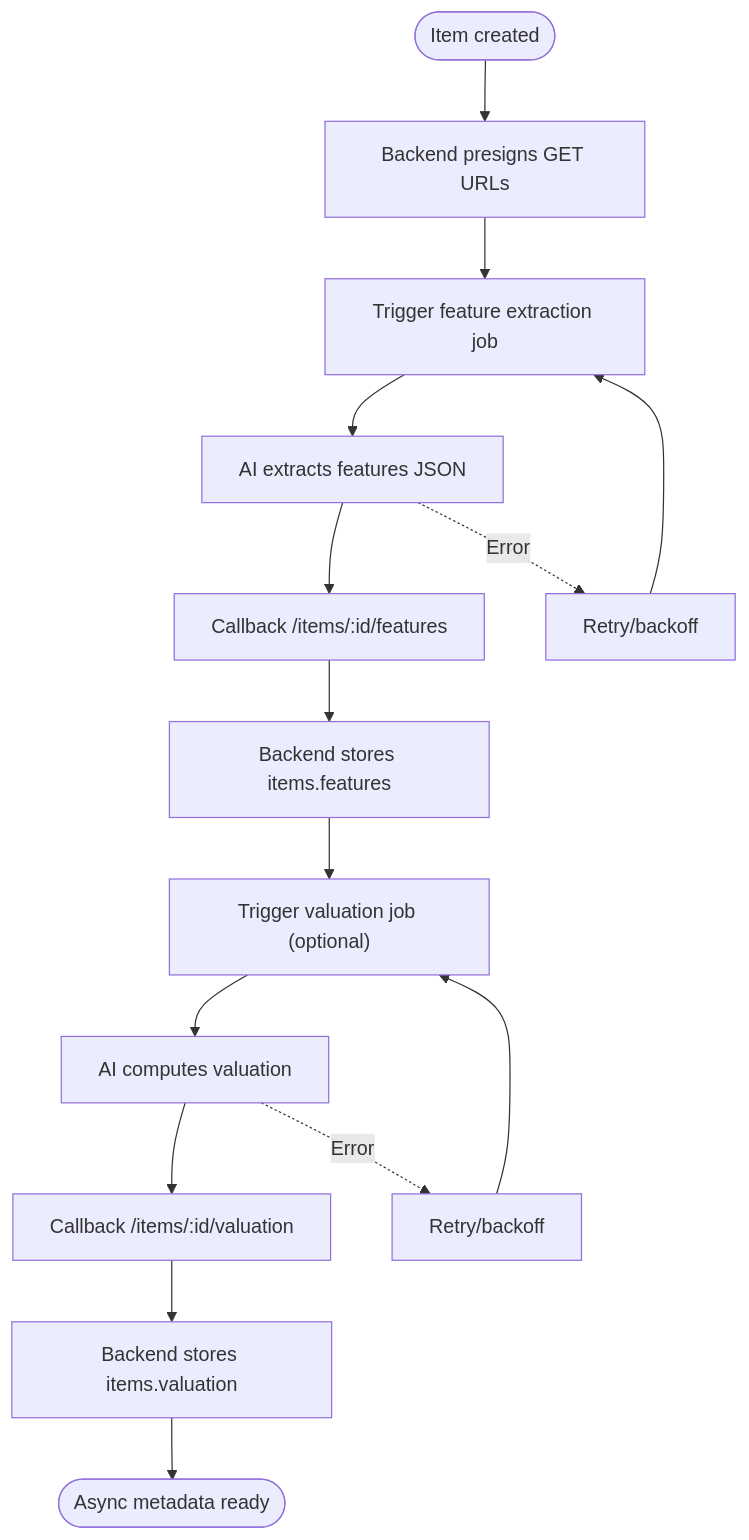
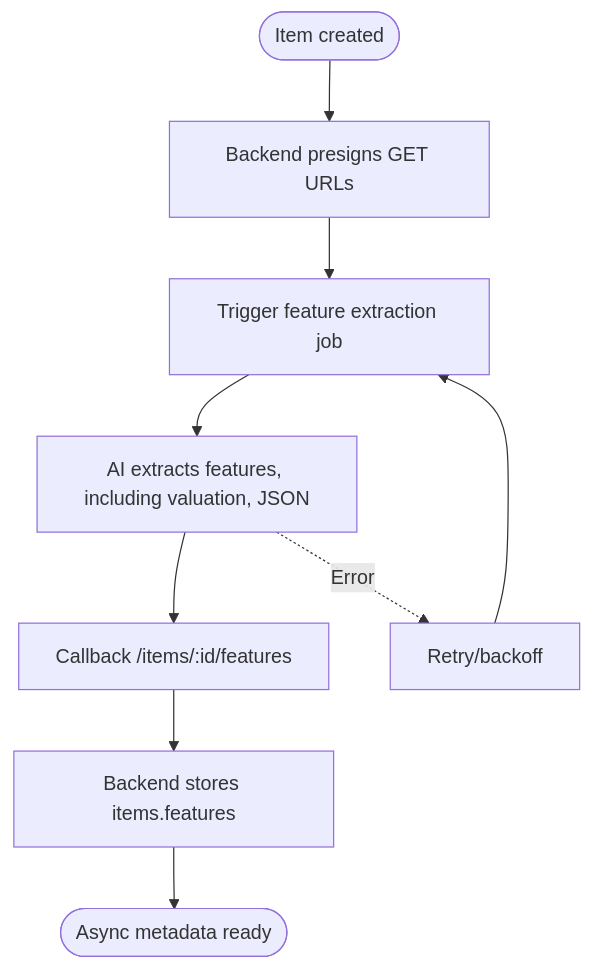
Before and after one commit to freebies-warrior/artium: the seventh of 8 diagrams in docs/architecture.md, drawn with Mermaid. The commit also changed other lines of this file, not shown here.

````diff
--- a/docs/architecture.md
+++ b/docs/architecture.md
@@ -377,18 +354,12 @@
 ```mermaid
 flowchart TD
   Start([Item created]) --> Presign[Backend presigns GET URLs]
   Presign --> Trigger[Trigger feature extraction job]
-  Trigger --> Extract[AI extracts features JSON]
+  Trigger --> Extract[AI extracts features, including valuation, JSON]
   Extract --> CallbackF[Callback /items/:id/features]
-  CallbackF --> StoreF[Backend stores items.features]
-  StoreF --> TriggerV["Trigger valuation job (optional)"]
-  TriggerV --> Valuate[AI computes valuation]
-  Valuate --> CallbackV[Callback /items/:id/valuation]
-  CallbackV --> StoreV[Backend stores items.valuation]
+  CallbackF --> StoreV[Backend stores items.features]
   StoreV --> Done([Async metadata ready])
 
   Extract -.->|Error| RetryF[Retry/backoff]
-  Valuate -.->|Error| RetryV[Retry/backoff]
   RetryF --> Trigger
-  RetryV --> TriggerV
 ```
````
